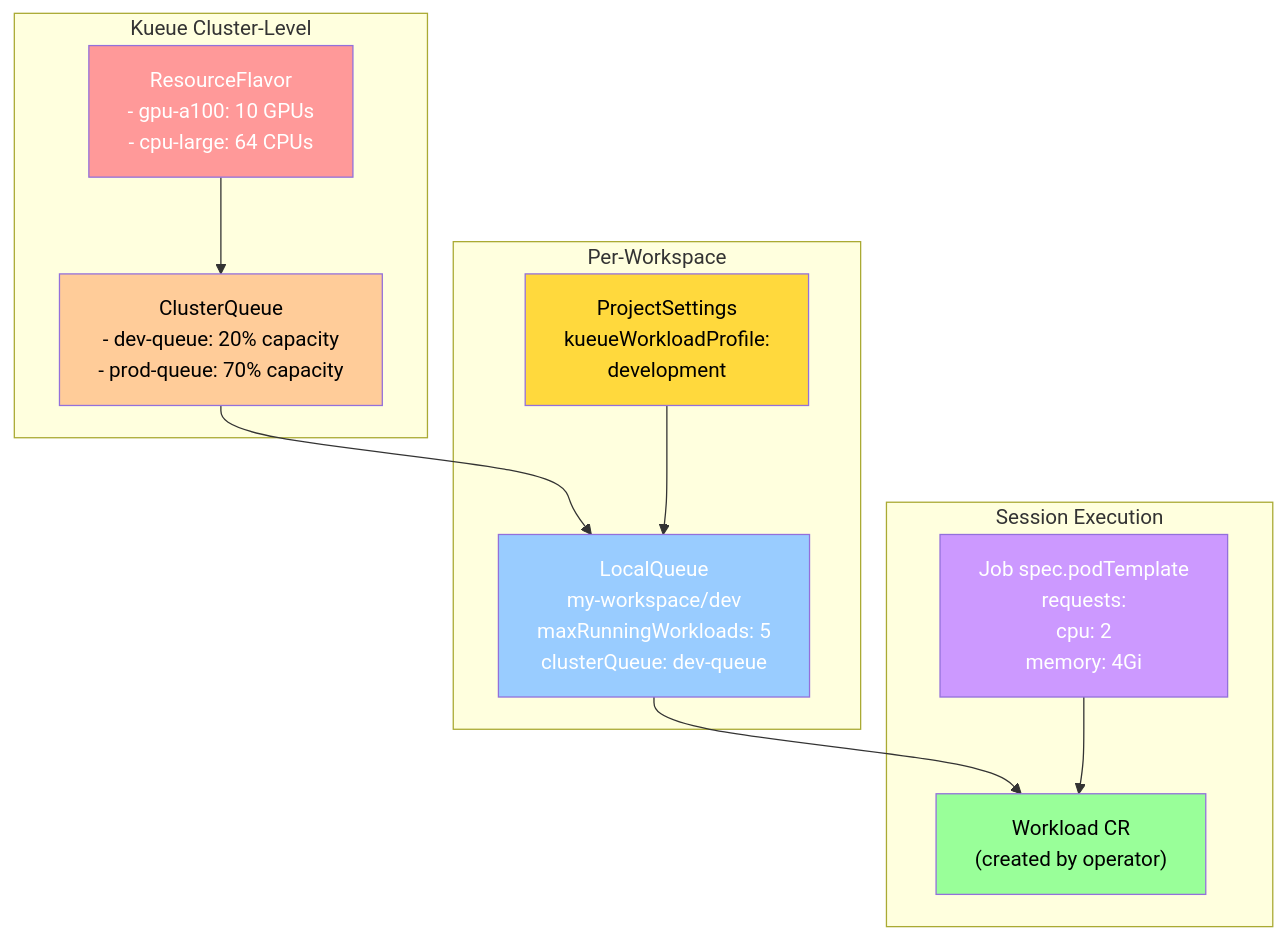
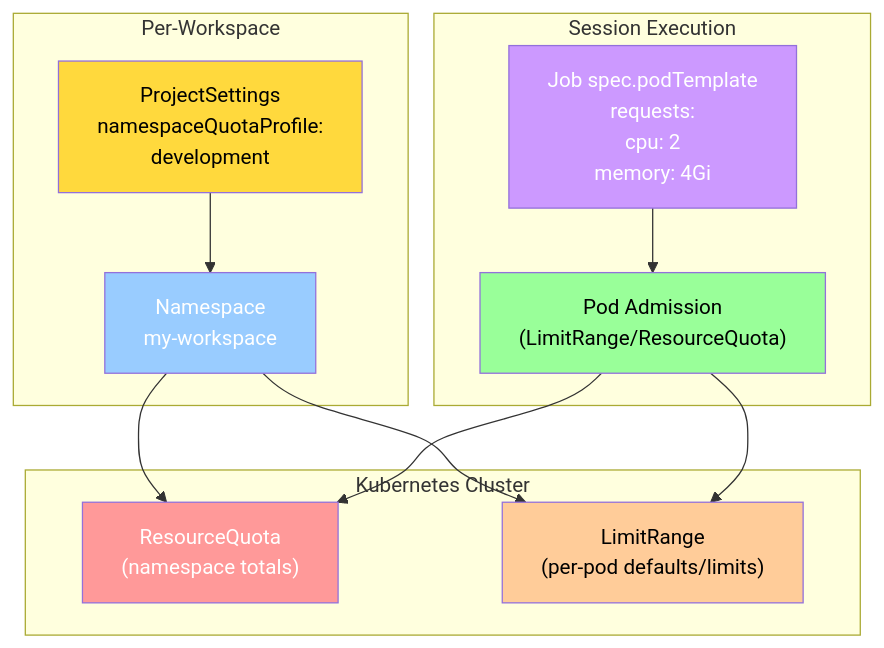
Before and after one commit to ambient-code/platform: the eighth of 13 diagrams in docs/design/ARCHITECTURE_DIAGRAMS.md, drawn with Mermaid. The commit also changed other lines of this file and 7 other files, not shown here.

Commit message:
docs: replace Kueue with namespace ResourceQuota/LimitRange across design docs

````diff
--- a/docs/design/ARCHITECTURE_DIAGRAMS.md
+++ b/docs/design/ARCHITECTURE_DIAGRAMS.md
@@ -253,30 +253,31 @@
 ```mermaid
 graph TB
-    subgraph "Kueue Cluster-Level"
-        RF["ResourceFlavor<br/>- gpu-a100: 10 GPUs<br/>- cpu-large: 64 CPUs"]
-        CQ["ClusterQueue<br/>- dev-queue: 20% capacity<br/>- prod-queue: 70% capacity"]
+    subgraph "Kubernetes Cluster"
+        RQ["ResourceQuota<br/>(namespace totals)"]
+        LR["LimitRange<br/>(per-pod defaults/limits)"]
     end
     
     subgraph "Per-Workspace"
-        PS["ProjectSettings<br/>kueueWorkloadProfile:<br/>development"]
-        LQ["LocalQueue<br/>my-workspace/dev<br/>maxRunningWorkloads: 5<br/>clusterQueue: dev-queue"]
+        PS["ProjectSettings<br/>namespaceQuotaProfile:<br/>development"]
+        NS["Namespace<br/>my-workspace"]
     end
     
     subgraph "Session Execution"
         Job["Job spec.podTemplate<br/>requests:<br/>  cpu: 2<br/>  memory: 4Gi"]
-        WL["Workload CR<br/>(created by operator)"]
+        Pod["Pod Admission<br/>(LimitRange/ResourceQuota)"]
     end
     
-    RF --> CQ
-    CQ --> LQ
-    PS --> LQ
-    LQ --> WL
-    Job --> WL
+    PS --> NS
+    NS --> RQ
+    NS --> LR
+    Job --> Pod
+    Pod --> RQ
+    Pod --> LR
     
-    style RF fill:#ff9999,color:#fff
-    style CQ fill:#ffcc99,color:#000
-    style LQ fill:#99ccff,color:#fff
+    style RQ fill:#ff9999,color:#fff
+    style LR fill:#ffcc99,color:#000
+    style NS fill:#99ccff,color:#fff
     style PS fill:#ffd93d,color:#000
-    style WL fill:#99ff99,color:#000
+    style Pod fill:#99ff99,color:#000
     style Job fill:#cc99ff,color:#fff
 ```
````
